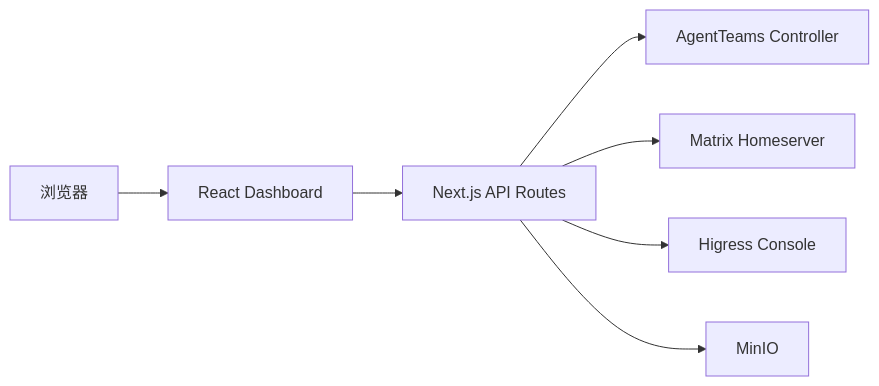
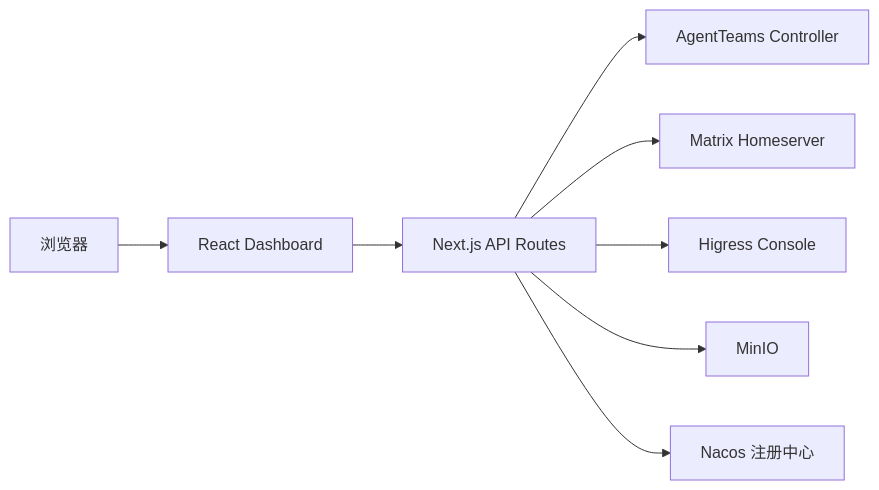
One commit to agentteams-group/agentteams-dashboard changed the diagram in .monkeycode/docs/ARCHITECTURE.md. Above: the diagram before and after it, drawn with Mermaid. The commit also changed other lines of this file and 6 other files, not shown here.

````diff
--- a/.monkeycode/docs/ARCHITECTURE.md
+++ b/.monkeycode/docs/ARCHITECTURE.md
@@ -68,9 +102,10 @@
 ```mermaid
 flowchart LR
   Browser["浏览器"] --> UI["React Dashboard"]
   UI --> API["Next.js API Routes"]
   API --> Controller["AgentTeams Controller"]
   API --> Matrix["Matrix Homeserver"]
   API --> Console["Higress Console"]
   API --> Storage["MinIO"]
+  API --> Nacos["Nacos 注册中心"]
 ```
````
